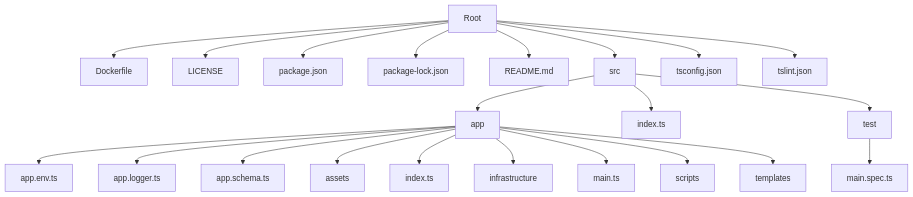
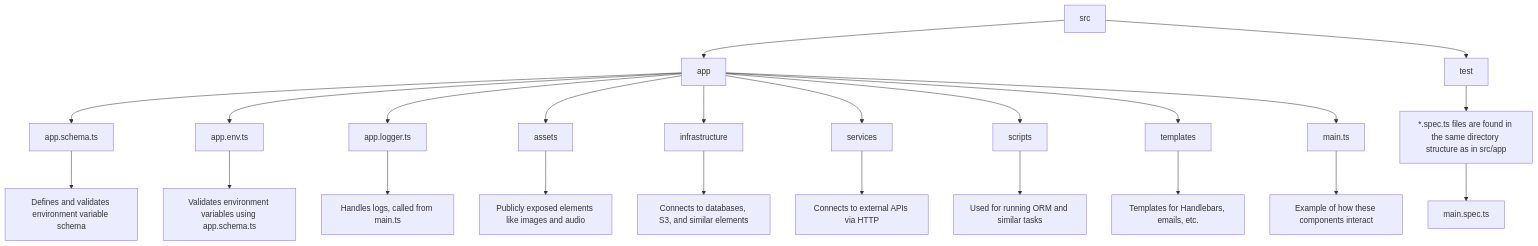
The diagram in README.md (JuniorCarrillo/node-ts), drawn with Mermaid before and after one commit. The commit also changed other lines of this file, not shown here.

Commit message:
fix(README): Add diagram and various

````diff
--- a/README.md
+++ b/README.md
@@ -128,27 +128,28 @@
 ``` mermaid
 graph TD;
-    A[Root] --> B[Dockerfile];
-    A --> C[LICENSE];
-    A --> D[package.json];
-    A --> E[package-lock.json];
-    A --> F[README.md];
-    A --> G[src];
-    A --> H[tsconfig.json];
-    A --> I[tslint.json];
+    A[src] --> B[app];
+    A --> C[test];
 
-    G --> J[app];
-    G --> K[index.ts];
-    G --> L[test];
+    B --> D[app.schema.ts];
+    B --> E[app.env.ts];
+    B --> F[app.logger.ts];
+    B --> G[assets];
+    B --> H[infrastructure];
+    B --> I[services];
+    B --> J[scripts];
+    B --> K[templates];
+    B --> L[main.ts];
 
-    J --> M[app.env.ts];
-    J --> N[app.logger.ts];
-    J --> O[app.schema.ts];
-    J --> P[assets];
-    J --> Q[index.ts];
-    J --> R[infrastructure];
-    J --> S[main.ts];
-    J --> T[scripts];
-    J --> U[templates];
+    D --> M[Defines and validates environment variable schema];
+    E --> N[Validates environment variables using app.schema.ts];
+    F --> O[Handles logs, called from main.ts];
+    G --> P[Publicly exposed elements like images and audio];
+    H --> Q[Connects to databases, S3, and similar elements];
+    I --> R[Connects to external APIs via HTTP];
+    J --> S[Used for running ORM and similar tasks];
+    K --> T[Templates for Handlebars, emails, etc.];
 
-    L --> V[main.spec.ts];
+    L --> U[Example of how these components interact];
+    C --> V[*.spec.ts files are found in the same directory structure as in src/app];
+    V --> W[main.spec.ts];
 ```
````
